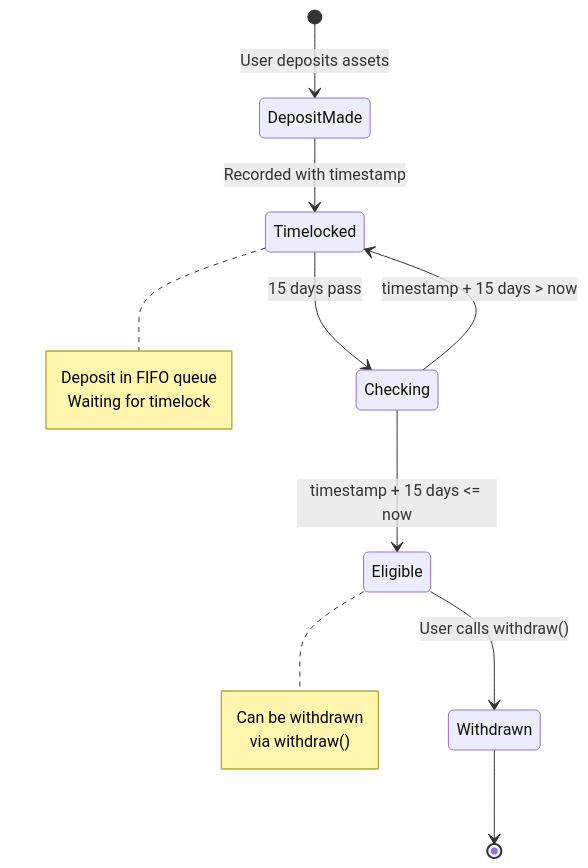
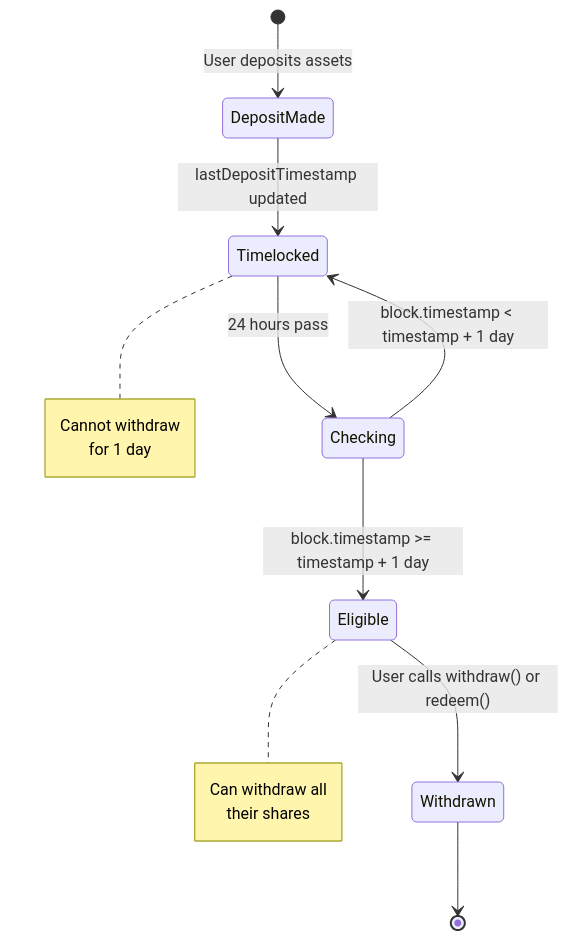
One commit to PelonClub/PelonClub-BaseNetwork-Monorepo changed the third of 5 diagrams in docs/en/staking-vault-user-guide.md. Above: the diagram before and after it, drawn with Mermaid. The commit also changed other lines of this file and 9 other files, not shown here.

````diff
--- a/docs/en/staking-vault-user-guide.md
+++ b/docs/en/staking-vault-user-guide.md
@@ -170,20 +127,20 @@
 ```mermaid
 stateDiagram-v2
     [*] --> DepositMade: User deposits assets
-    DepositMade --> Timelocked: Recorded with timestamp
-    Timelocked --> Checking: 15 days pass
-    Checking --> Eligible: timestamp + 15 days <= now
-    Checking --> Timelocked: timestamp + 15 days > now
-    Eligible --> Withdrawn: User calls withdraw()
+    DepositMade --> Timelocked: lastDepositTimestamp updated
+    Timelocked --> Checking: 24 hours pass
+    Checking --> Eligible: block.timestamp >= timestamp + 1 day
+    Checking --> Timelocked: block.timestamp < timestamp + 1 day
+    Eligible --> Withdrawn: User calls withdraw() or redeem()
     Withdrawn --> [*]
     
     note right of Timelocked
-        Deposit in FIFO queue
-        Waiting for timelock
+        Cannot withdraw
+        for 1 day
     end note
     
     note right of Eligible
-        Can be withdrawn
-        via withdraw()
+        Can withdraw all
+        their shares
     end note
 ```
````
